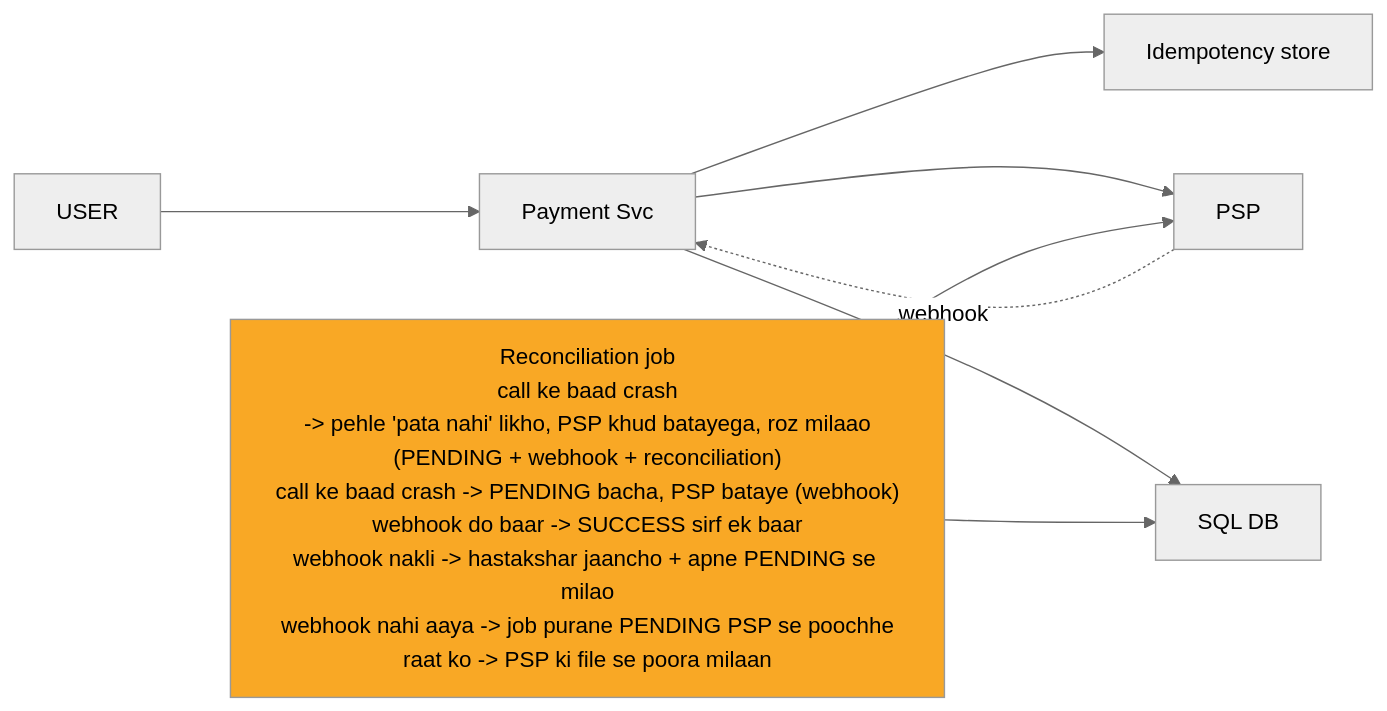
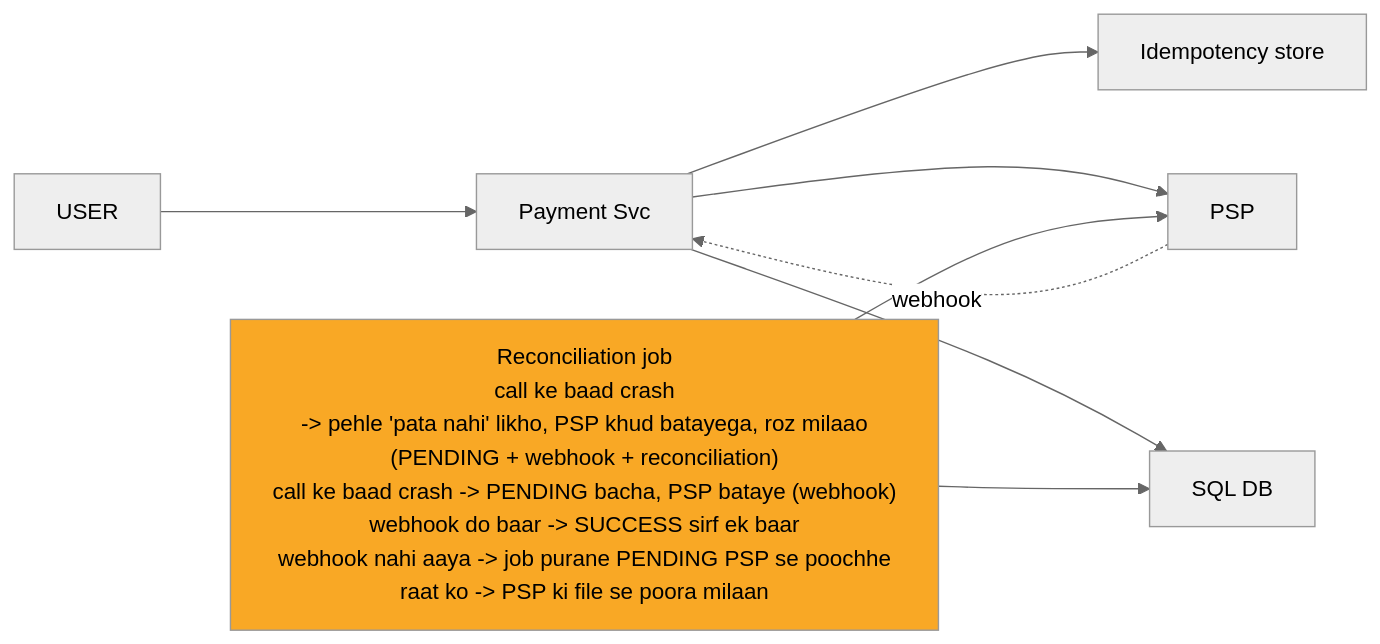
One commit to ArpanMaheshwari144/Prep changed the sixth of 12 diagrams in 04_HLD/SYSTEM_DESIGNS/06_payment_system/06_payment_system.md. Above: the diagram before and after it, drawn with Mermaid (neutral theme). The commit also changed other lines of this file and 13 other files, not shown here.

````diff
--- a/04_HLD/SYSTEM_DESIGNS/06_payment_system/06_payment_system.md
+++ b/04_HLD/SYSTEM_DESIGNS/06_payment_system/06_payment_system.md
@@ -259,18 +259,18 @@
 ```mermaid
 %%{init: {"flowchart": {"wrappingWidth": 450}}}%%
 flowchart LR
     n_USER["USER"]
     n_Payment_Svc["Payment Svc"]
     n_Idempotency_store["Idempotency store"]
     n_PSP["PSP"]
     n_DB["SQL DB"]
-    n_Reconciliation_job["Reconciliation job<br/>call ke baad crash<br/>-> pehle 'pata nahi' likho, PSP khud batayega, roz milaao<br/>(PENDING + webhook + reconciliation)<br/>call ke baad crash -> PENDING bacha, PSP bataye (webhook)<br/>webhook do baar -> SUCCESS sirf ek baar<br/>webhook nakli -> hastakshar jaancho + apne PENDING se milao<br/>webhook nahi aaya -> job purane PENDING PSP se poochhe<br/>raat ko -> PSP ki file se poora milaan"]
+    n_Reconciliation_job["Reconciliation job<br/>call ke baad crash<br/>-> pehle 'pata nahi' likho, PSP khud batayega, roz milaao<br/>(PENDING + webhook + reconciliation)<br/>call ke baad crash -> PENDING bacha, PSP bataye (webhook)<br/>webhook do baar -> SUCCESS sirf ek baar<br/>webhook nahi aaya -> job purane PENDING PSP se poochhe<br/>raat ko -> PSP ki file se poora milaan"]
     n_USER --> n_Payment_Svc
     n_Payment_Svc --> n_Idempotency_store
     n_Payment_Svc --> n_PSP
     n_Payment_Svc --> n_DB
     n_Reconciliation_job --> n_DB
     n_Reconciliation_job --> n_PSP
     n_PSP -.->|webhook| n_Payment_Svc
     style n_Reconciliation_job fill:#f9a825,color:#000
 ```
````
